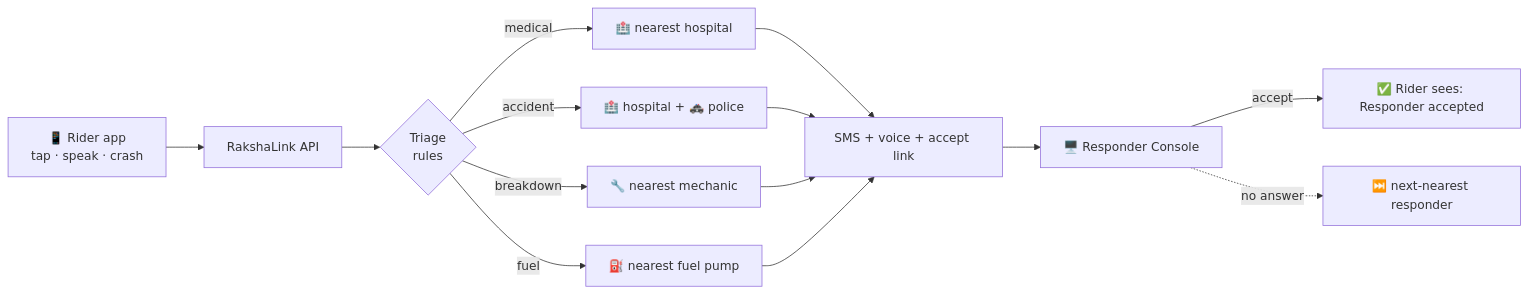
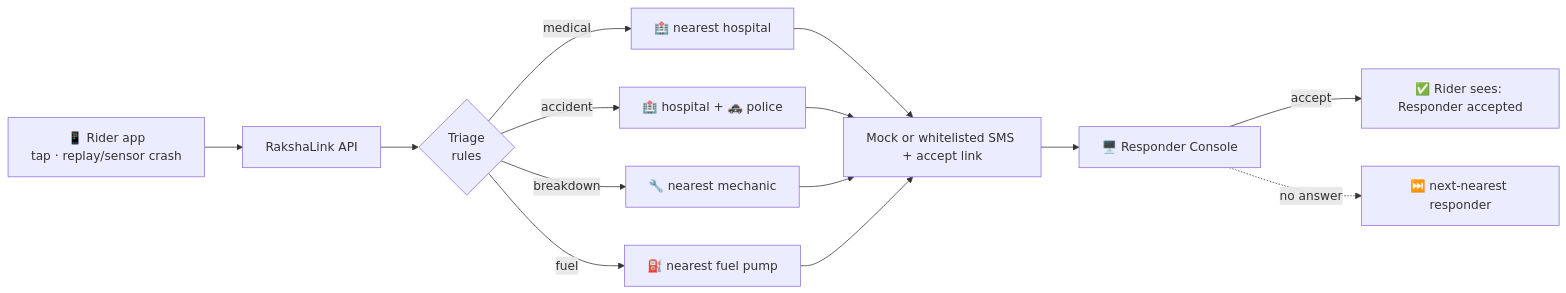
The first of 3 diagrams in README.md (Nitin-Agarwal252/RakhaLink), drawn with Mermaid before and after one commit. The commit also changed other lines of this file and 22 other files, not shown here.

Commit message:
Complete T2 responder and offline flows

````diff
--- a/README.md
+++ b/README.md
@@ -88,13 +86,13 @@
 ```mermaid
 flowchart LR
-    A["📱 Rider app<br/>tap · speak · crash"] --> B["RakshaLink API"]
+    A["📱 Rider app<br/>tap · replay/sensor crash"] --> B["RakshaLink API"]
     B --> C{"Triage<br/>rules"}
     C -->|medical| D["🏥 nearest hospital"]
     C -->|accident| E["🏥 hospital + 🚓 police"]
     C -->|breakdown| F["🔧 nearest mechanic"]
     C -->|fuel| G["⛽ nearest fuel pump"]
-    D & E & F & G --> H["SMS + voice + accept link"]
+    D & E & F & G --> H["Mock or whitelisted SMS + accept link"]
     H --> I["🖥️ Responder Console"]
     I -->|accept| J["✅ Rider sees: Responder accepted"]
     I -.->|no answer| K["⏭️ next-nearest responder"]
 ```
````
